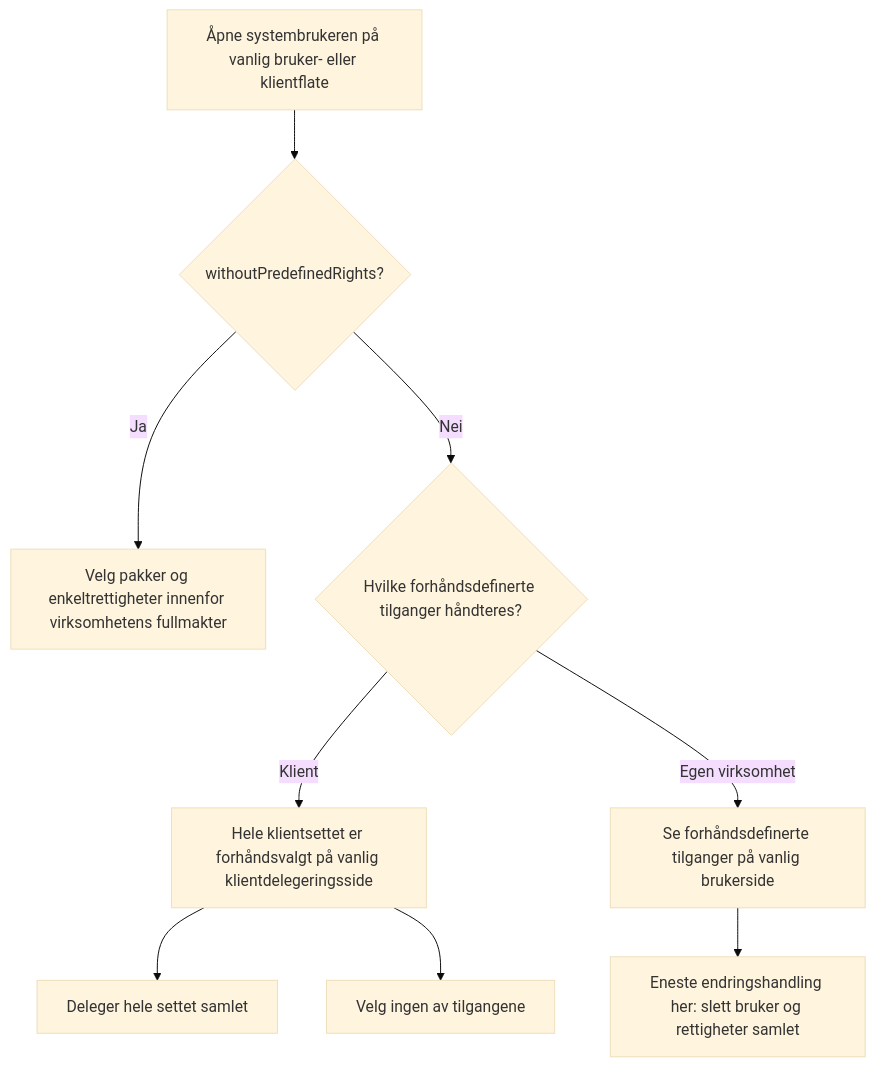
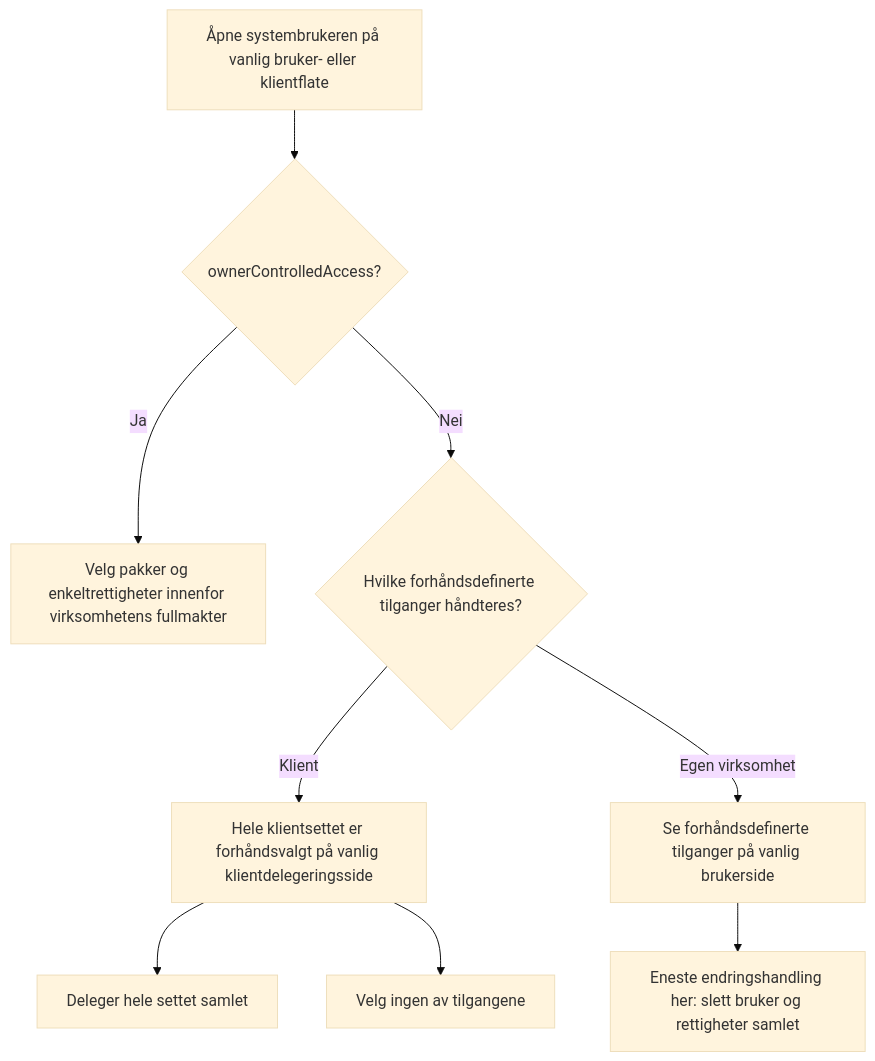
One commit to Altinn/altinn-studio-docs changed the fourth of 5 diagrams in content/authorization/guides/system-vendor/system-user/beslutningstre.nb.md. Above: the diagram before and after it, drawn with Mermaid (base theme). The commit also changed other lines of this file and 1 other file, not shown here.

First line of the commit message:
docs: rename system user flag to ownerControlledAccess and allow flag with lists

```diff
--- a/content/authorization/guides/system-vendor/system-user/beslutningstre.nb.md
+++ b/content/authorization/guides/system-vendor/system-user/beslutningstre.nb.md
@@ -72,11 +72,11 @@
 {{< mermaid >}}
 graph TD
-  OPEN["Åpne systembrukeren på vanlig bruker- eller klientflate"] --> MODE{"withoutPredefinedRights?"}
+  OPEN["Åpne systembrukeren på vanlig bruker- eller klientflate"] --> MODE{"ownerControlledAccess?"}
   MODE -->|Ja| CHOOSE["Velg pakker og enkeltrettigheter innenfor virksomhetens fullmakter"]
   MODE -->|Nei| CONTEXT{"Hvilke forhåndsdefinerte tilganger håndteres?"}
   CONTEXT -->|Klient| SET["Hele klientsettet er forhåndsvalgt på vanlig klientdelegeringsside"]
   SET --> ALL["Deleger hele settet samlet"]
   SET --> NONE["Velg ingen av tilgangene"]
   CONTEXT -->|Egen virksomhet| VIEW["Se forhåndsdefinerte tilganger på vanlig brukerside"]
   VIEW --> DELETE["Eneste endringshandling her: slett bruker og rettigheter samlet"]
 {{< /mermaid >}}
```
